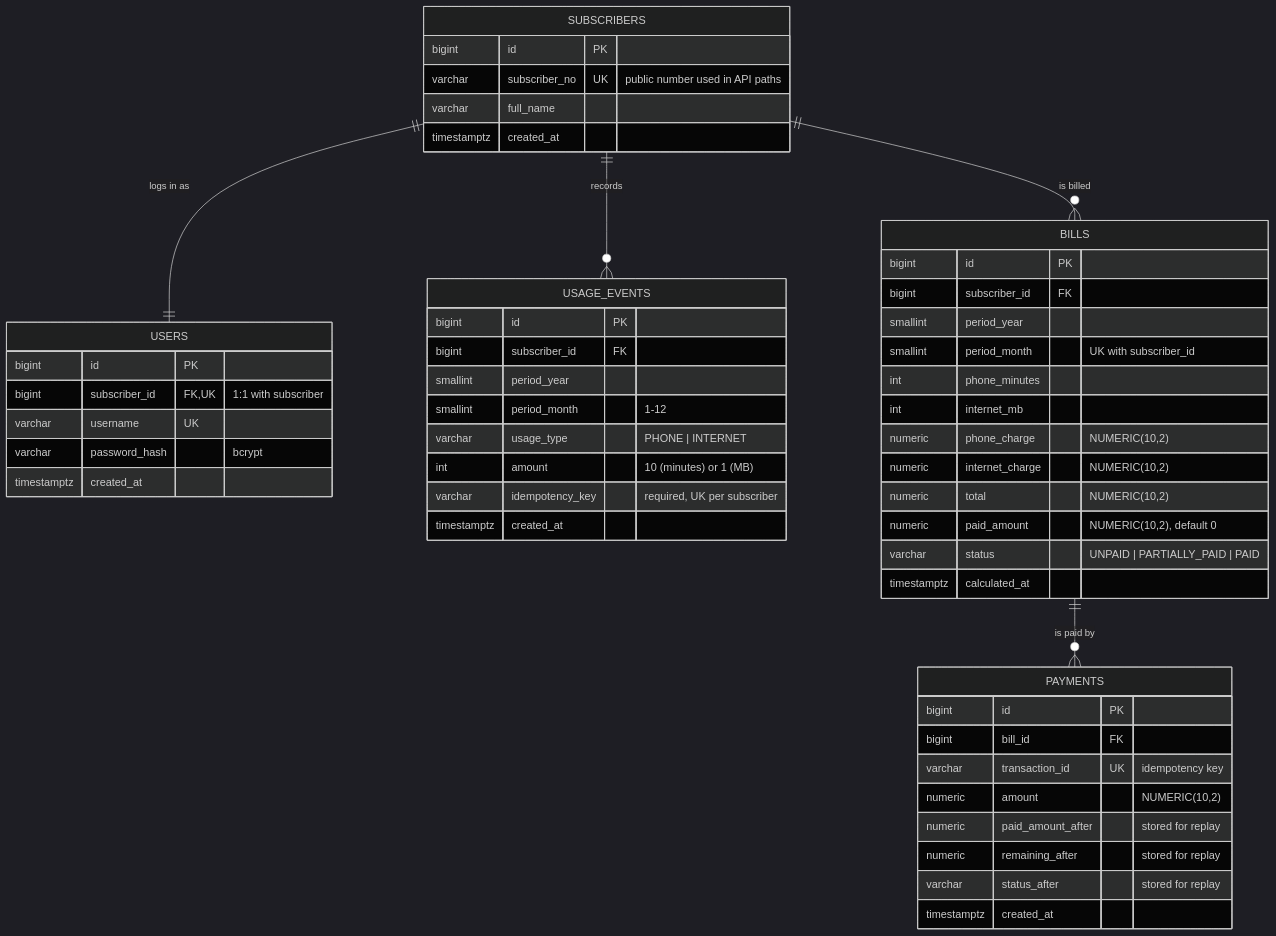
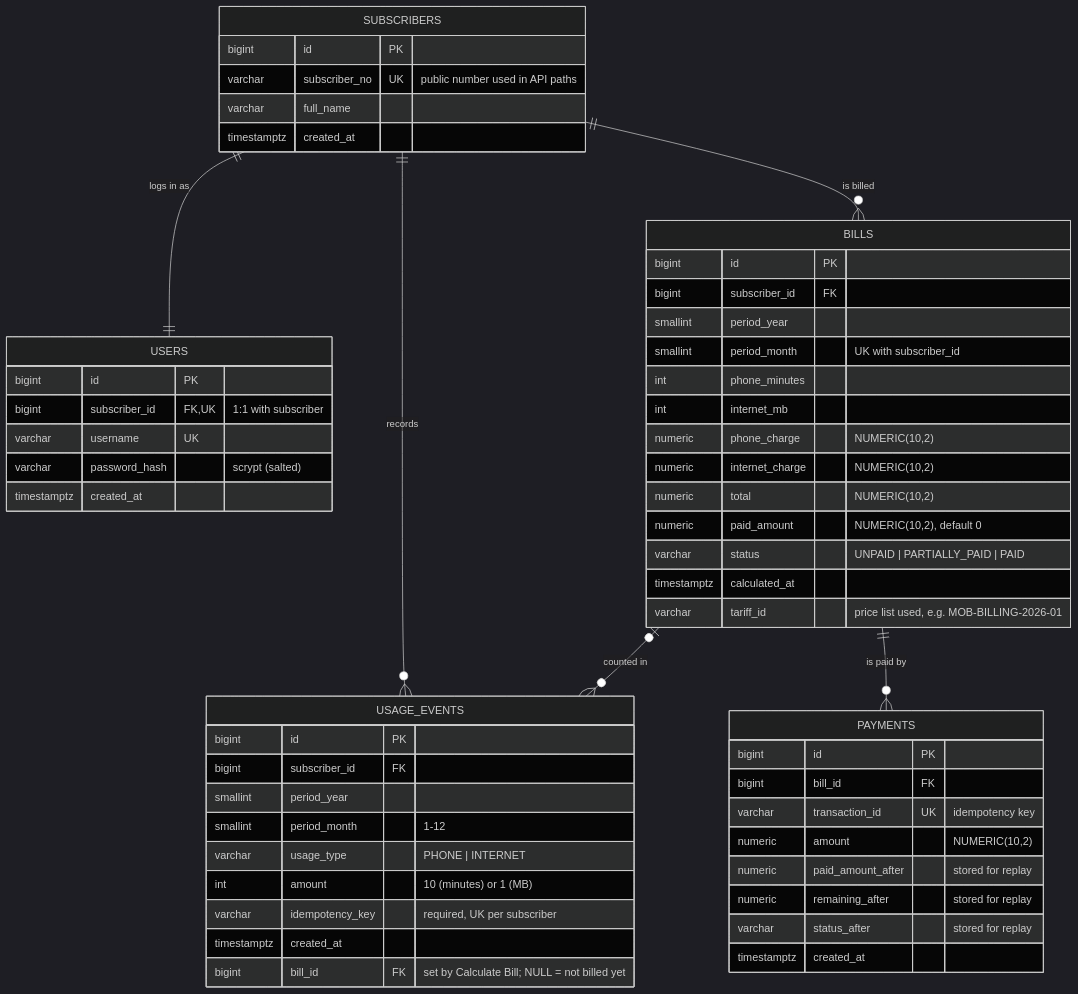
One commit to HawkOsm/se4458-midterm-billing-assistant changed the diagram in docs/data-model.md. Above: the diagram before and after it, drawn with Mermaid (dark theme). The commit also changed other lines of this file and 13 other files, not shown here.

````diff
--- a/docs/data-model.md
+++ b/docs/data-model.md
@@ -14,55 +14,58 @@
 ```mermaid
 erDiagram
     SUBSCRIBERS ||--|| USERS : "logs in as"
     SUBSCRIBERS ||--o{ USAGE_EVENTS : records
     SUBSCRIBERS ||--o{ BILLS : "is billed"
     BILLS ||--o{ PAYMENTS : "is paid by"
+    BILLS |o--o{ USAGE_EVENTS : "counted in"
 
     SUBSCRIBERS {
         bigint id PK
         varchar subscriber_no UK "public number used in API paths"
         varchar full_name
         timestamptz created_at
     }
     USERS {
         bigint id PK
         bigint subscriber_id FK,UK "1:1 with subscriber"
         varchar username UK
-        varchar password_hash "bcrypt"
+        varchar password_hash "scrypt (salted)"
         timestamptz created_at
     }
     USAGE_EVENTS {
         bigint id PK
         bigint subscriber_id FK
         smallint period_year
         smallint period_month "1-12"
         varchar usage_type "PHONE | INTERNET"
         int amount "10 (minutes) or 1 (MB)"
         varchar idempotency_key "required, UK per subscriber"
         timestamptz created_at
+        bigint bill_id FK "set by Calculate Bill; NULL = not billed yet"
     }
     BILLS {
         bigint id PK
         bigint subscriber_id FK
         smallint period_year
         smallint period_month "UK with subscriber_id"
         int phone_minutes
         int internet_mb
         numeric phone_charge "NUMERIC(10,2)"
         numeric internet_charge "NUMERIC(10,2)"
         numeric total "NUMERIC(10,2)"
         numeric paid_amount "NUMERIC(10,2), default 0"
         varchar status "UNPAID | PARTIALLY_PAID | PAID"
         timestamptz calculated_at
+        varchar tariff_id "price list used, e.g. MOB-BILLING-2026-01"
     }
     PAYMENTS {
         bigint id PK
         bigint bill_id FK
         varchar transaction_id UK "idempotency key"
         numeric amount "NUMERIC(10,2)"
         numeric paid_amount_after "stored for replay"
         numeric remaining_after "stored for replay"
         varchar status_after "stored for replay"
         timestamptz created_at
     }
 ```
````
